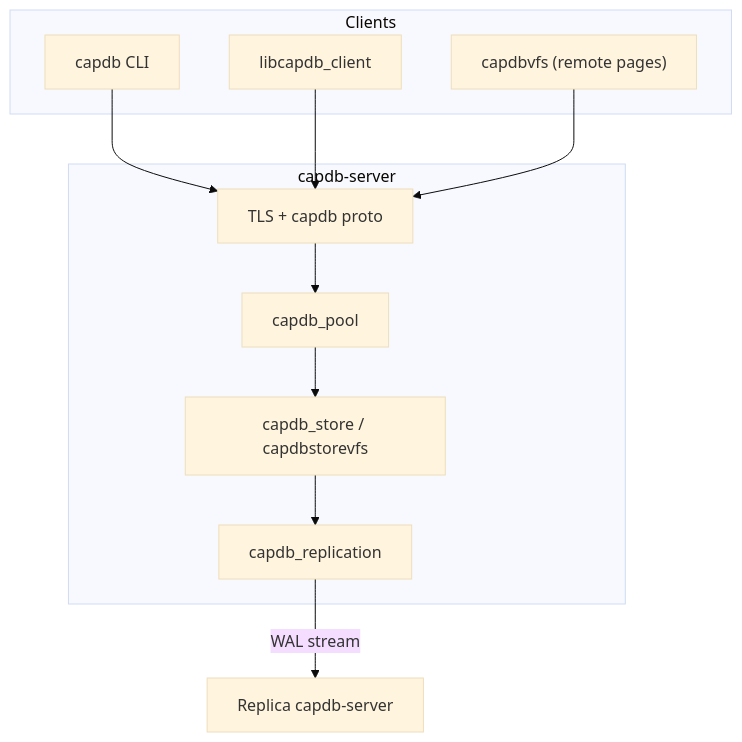
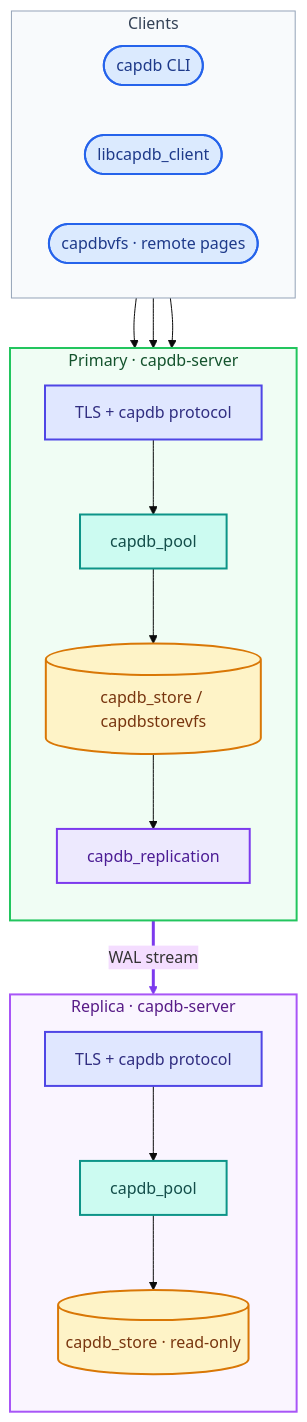
One commit to rickcollette/CapDB changed the diagram in README.md. Above: the diagram before and after it, drawn with Mermaid (base theme).

Commit message:
update mermaid diagrams

````diff
--- a/README.md
+++ b/README.md
@@ -73,23 +73,52 @@
 ```mermaid
 flowchart TB
-  subgraph clients["Clients"]
-    CLI["capdb CLI"]
-    SDK["libcapdb_client"]
-    VFS["capdbvfs (remote pages)"]
+  classDef client fill:#dbeafe,stroke:#2563eb,stroke-width:2px,color:#1e3a8a
+  classDef transport fill:#e0e7ff,stroke:#4f46e5,stroke-width:2px,color:#312e81
+  classDef pool fill:#ccfbf1,stroke:#0d9488,stroke-width:2px,color:#134e4a
+  classDef store fill:#fef3c7,stroke:#d97706,stroke-width:2px,color:#78350f
+  classDef repl fill:#ede9fe,stroke:#7c3aed,stroke-width:2px,color:#4c1d95
+
+  subgraph clients[" Clients "]
+    direction LR
+    CLI(["capdb CLI"])
+    SDK(["libcapdb_client"])
+    VFS(["capdbvfs · remote pages"])
   end
 
-  subgraph server["capdb-server"]
-    NET["TLS + capdb proto"]
+  subgraph primary[" Primary · capdb-server "]
+    direction TB
+    NET["TLS + capdb protocol"]
     POOL["capdb_pool"]
-    STORE["capdb_store / capdbstorevfs"]
+    STORE[("capdb_store / capdbstorevfs")]
     REP["capdb_replication"]
+  end
+
+  subgraph replica[" Replica · capdb-server "]
+    direction TB
+    RNET["TLS + capdb protocol"]
+    RPOOL["capdb_pool"]
+    RSTORE[("capdb_store · read-only")]
   end
 
   CLI --> NET
   SDK --> NET
   VFS --> NET
   NET --> POOL
   POOL --> STORE
   STORE --> REP
-  REP -->|"WAL stream"| REPLICA["Replica capdb-server"]
+  REP ==>|WAL stream| RNET
+  RNET --> RPOOL
+  RPOOL --> RSTORE
+
+  class CLI,SDK,VFS client
+  class NET,RNET transport
+  class POOL,RPOOL pool
+  class STORE,RSTORE store
+  class REP repl
+
+  style clients fill:#f8fafc,stroke:#94a3b8,stroke-width:1px,color:#334155
+  style primary fill:#f0fdf4,stroke:#22c55e,stroke-width:2px,color:#14532d
+  style replica fill:#faf5ff,stroke:#a855f7,stroke-width:2px,color:#581c87
+
+  linkStyle 6 stroke:#7c3aed,stroke-width:3px
 ```
````
